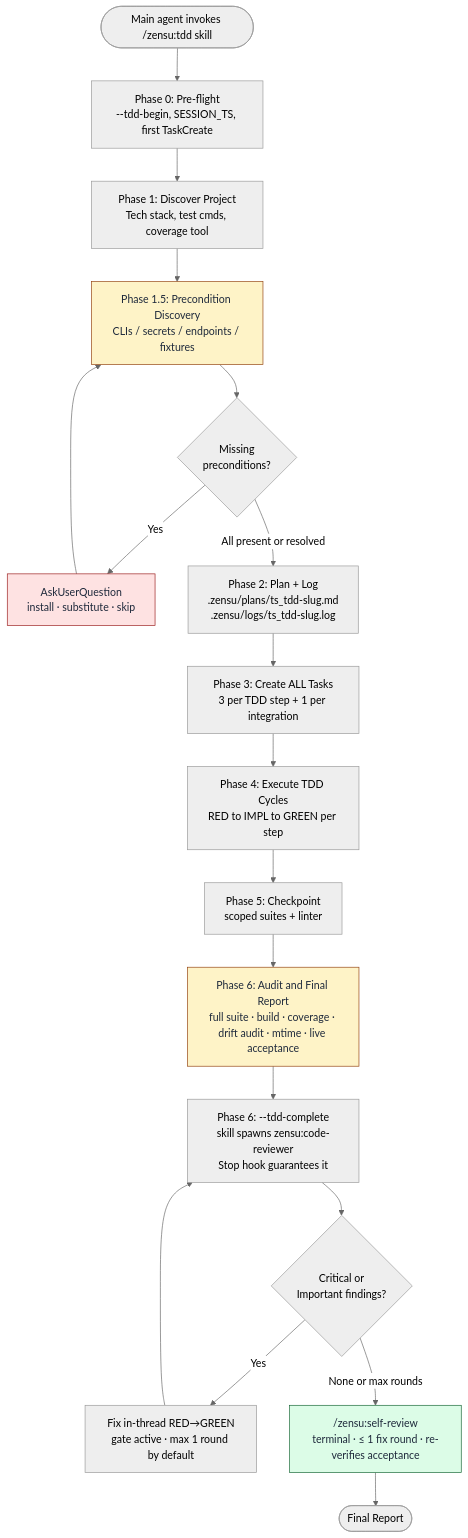
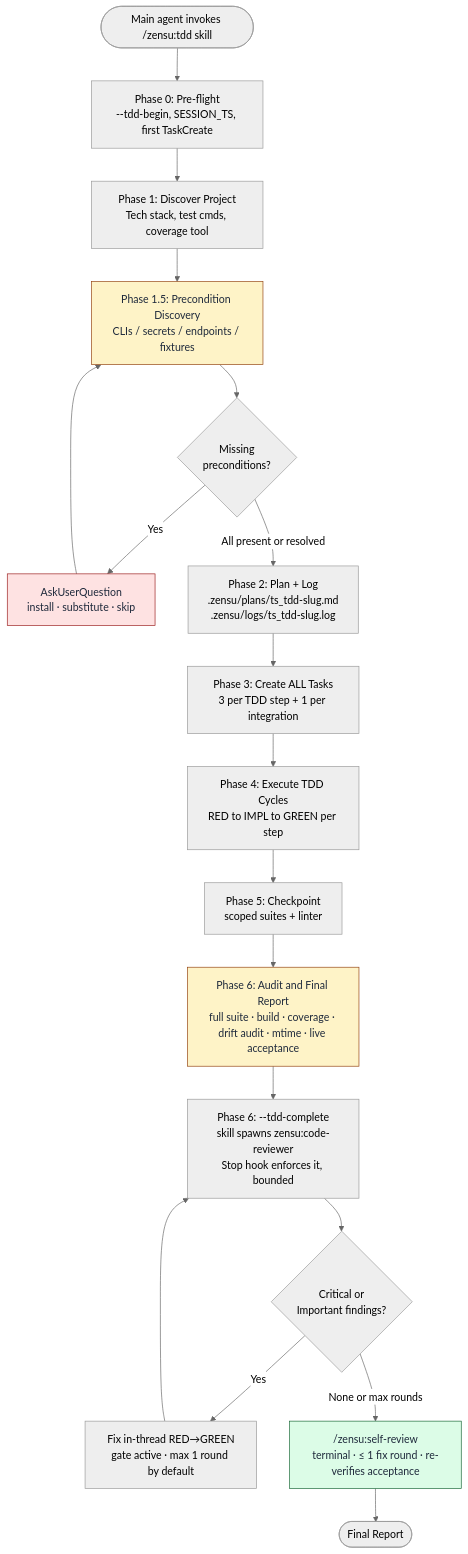
The first of 4 diagrams in docs/tdd-manager-workflow.md (MKITConsulting/zensu-claude-code), drawn with Mermaid (neutral theme) before and after one commit. The commit also changed other lines of this file and 14 other files, not shown here.

````diff
--- a/docs/tdd-manager-workflow.md
+++ b/docs/tdd-manager-workflow.md
@@ -98,25 +98,25 @@
 ```mermaid
 flowchart TD
     Start([Main agent invokes /zensu:tdd skill]) --> P0[Phase 0: Pre-flight<br/>--tdd-begin, SESSION_TS, first TaskCreate]
     P0 --> P1[Phase 1: Discover Project<br/>Tech stack, test cmds, coverage tool]
     P1 --> P15[Phase 1.5: Precondition Discovery<br/>CLIs / secrets / endpoints / fixtures]
     P15 --> Q{Missing<br/>preconditions?}
     Q -->|Yes| Ask[AskUserQuestion<br/>install · substitute · skip]
     Ask --> P15
     Q -->|All present or resolved| P2[Phase 2: Plan + Log<br/>.zensu/plans/ts_tdd-slug.md<br/>.zensu/logs/ts_tdd-slug.log]
     P2 --> P3[Phase 3: Create ALL Tasks<br/>3 per TDD step + 1 per integration]
     P3 --> P4[Phase 4: Execute TDD Cycles<br/>RED to IMPL to GREEN per step]
     P4 --> P5[Phase 5: Checkpoint<br/>scoped suites + linter]
     P5 --> P6[Phase 6: Audit and Final Report<br/>full suite · build · coverage · drift audit · mtime · live acceptance]
-    P6 --> Review[Phase 6: --tdd-complete<br/>skill spawns zensu:code-reviewer<br/>Stop hook guarantees it]
+    P6 --> Review[Phase 6: --tdd-complete<br/>skill spawns zensu:code-reviewer<br/>Stop hook enforces it, bounded]
     Review --> Findings{Critical or<br/>Important findings?}
     Findings -->|Yes| AutoFix[Fix in-thread RED→GREEN<br/>gate active · max 1 round by default]
     AutoFix --> Review
     Findings -->|None or max rounds| SelfRev["/zensu:self-review<br/>terminal · ≤ 1 fix round · re-verifies acceptance"]
     SelfRev --> Done([Final Report])
 
     style P15 fill:#fef3c7,stroke:#92400e,color:#1e293b
     style P6 fill:#fef3c7,stroke:#92400e,color:#1e293b
     style Ask fill:#fee2e2,stroke:#991b1b,color:#1e293b
     style SelfRev fill:#dcfce7,stroke:#166534,color:#1e293b
 ```
````
